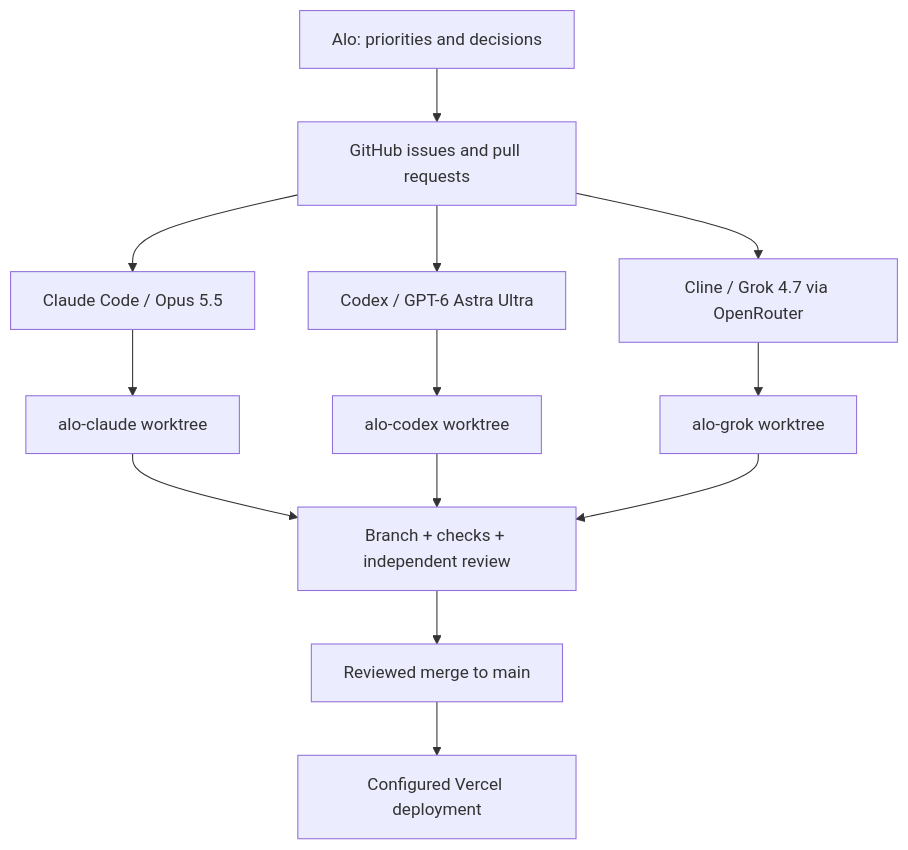
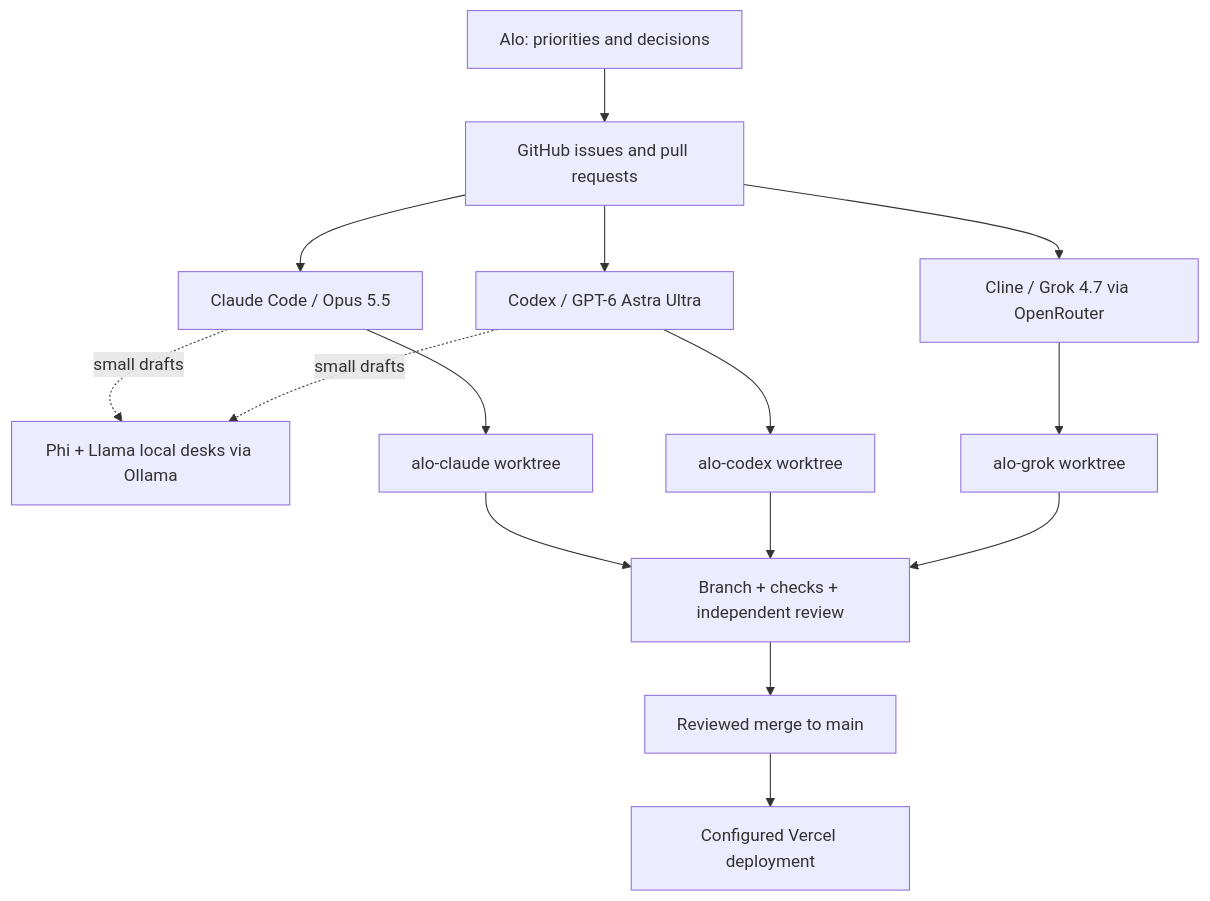
One commit to akabonge/alo_rag2 changed the diagram in docs/OFFICE.md. Above: the diagram before and after it, drawn with Mermaid. The commit also changed other lines of this file and 4 other files, not shown here.

First line of the commit message:
Add local Phi and Llama drafting desks to the office

````diff
--- a/docs/OFFICE.md
+++ b/docs/OFFICE.md
@@ -5,15 +5,17 @@
 ```mermaid
 flowchart TB
     Alo[Alo: priorities and decisions] --> Board[GitHub issues and pull requests]
     Board --> Claude[Claude Code / Opus 5.5]
     Board --> Codex[Codex / GPT-6 Astra Ultra]
     Board --> Grok[Cline / Grok 4.7 via OpenRouter]
+    Claude -. small drafts .-> Local[Phi + Llama local desks via Ollama]
+    Codex -. small drafts .-> Local
     Claude --> CW[alo-claude worktree]
     Codex --> OW[alo-codex worktree]
     Grok --> GW[alo-grok worktree]
     CW --> Review[Branch + checks + independent review]
     OW --> Review
     GW --> Review
     Review --> Main[Reviewed merge to main]
     Main --> Deploy[Configured Vercel deployment]
 ```
````
